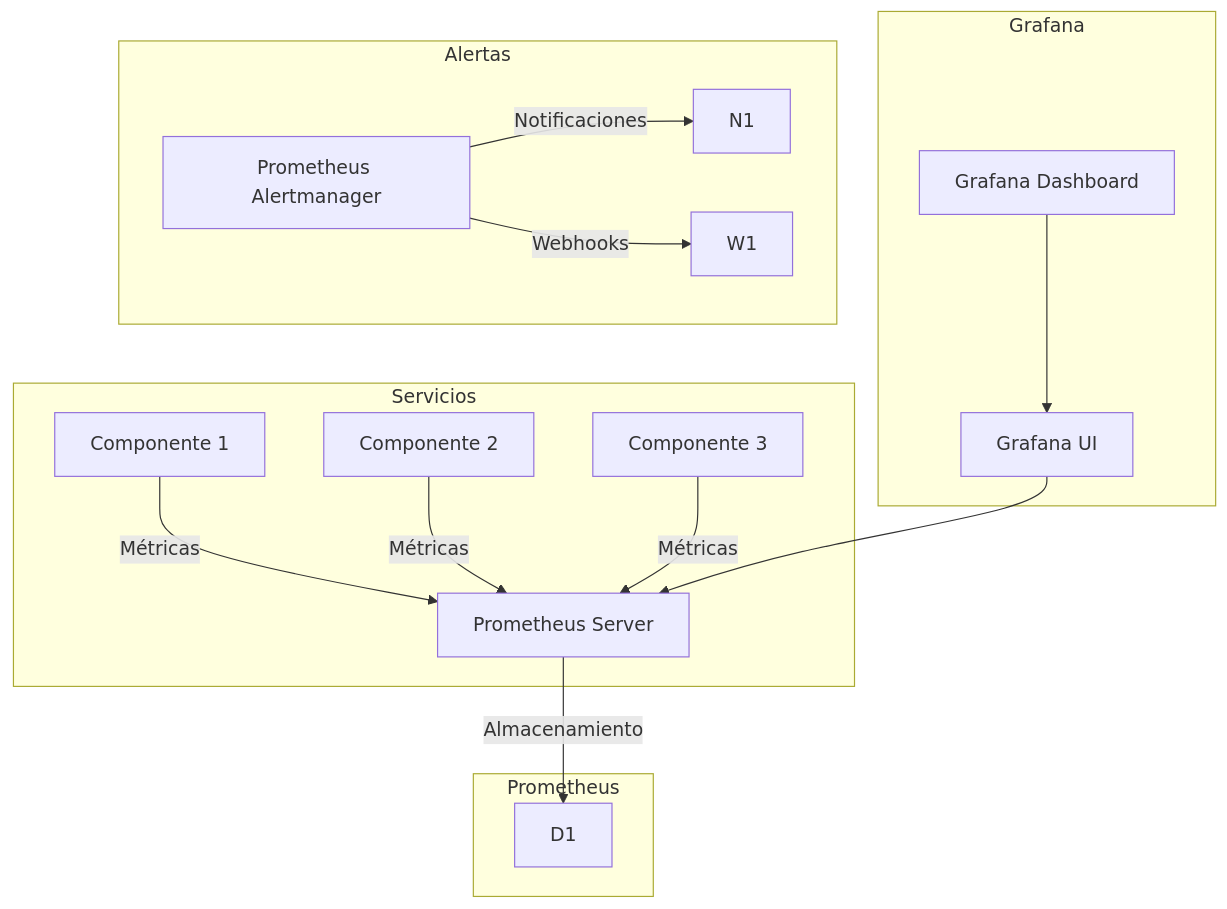
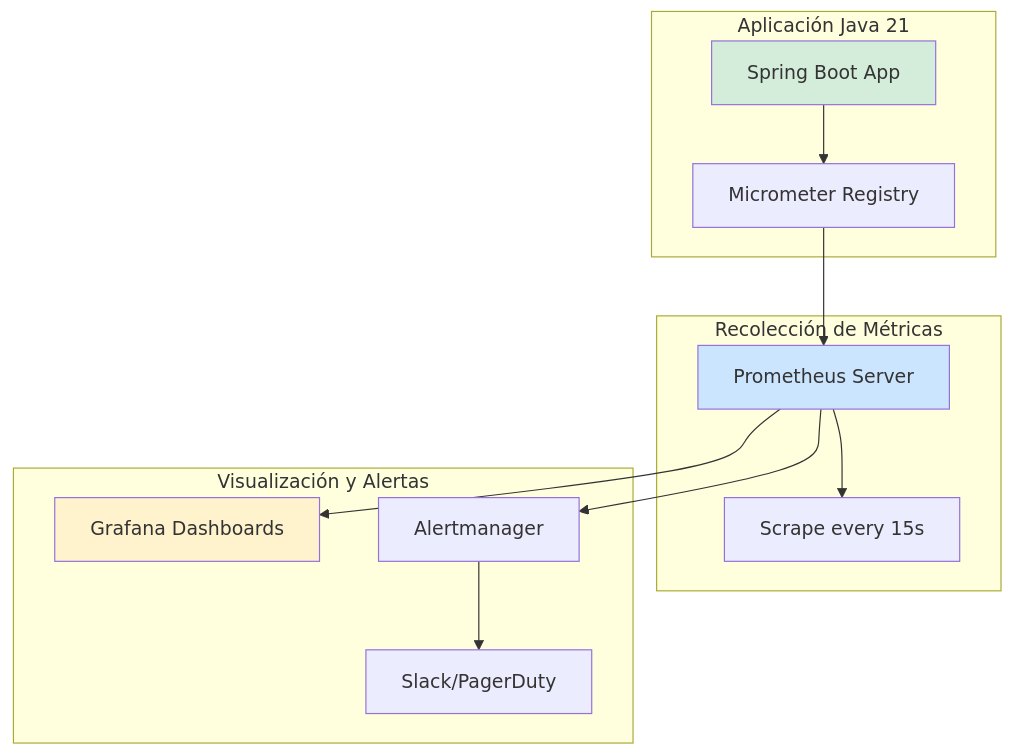
The first of 3 diagrams in _Review/observabilidad_con_prometheus_y_grafana/observabilidad_con_prometheus_y_grafana.md (Joaquinriosheredia/DAM-Java-Mastery), drawn with Mermaid before and after one commit. The commit also changed other lines of this file, not shown here.

Commit message:
observabilidad_con_prometheus_y_grafana.md

````diff
--- a/_Review/observabilidad_con_prometheus_y_grafana/observabilidad_con_prometheus_y_grafana.md
+++ b/_Review/observabilidad_con_prometheus_y_grafana/observabilidad_con_prometheus_y_grafana.md
@@ -99,26 +70,29 @@
 ```mermaid
 graph TD
-    subgraph "Servicios"
-        C1[Componente 1] -->|Métricas| P1
-        C2[Componente 2] -->|Métricas| P1
-        C3[Componente 3] -->|Métricas| P1
+    subgraph "Aplicación Java 21"
+        APP[Spring Boot App]
+        MIC[Micrometer Registry]
     end
     
-    subgraph "Prometheus"
-        P1[Prometheus Server]
-        P1 -->|Almacenamiento| D1
+    subgraph "Recolección de Métricas"
+        PROM[Prometheus Server]
+        SCRAPE[Scrape every 15s]
     end
     
-    subgraph "Grafana"
-        G1[Grafana UI]
-        G1 --> P1
-        G2[Grafana Dashboard]
-        G2 --> G1
+    subgraph "Visualización y Alertas"
+        GRAF[Grafana Dashboards]
+        ALERT[Alertmanager]
+        NOTIFY[Slack/PagerDuty]
     end
-
-    subgraph "Alertas"
-        A1[Prometheus Alertmanager]
-        A1 -->|Notificaciones| N1
-        A1 -->|Webhooks| W1
-    end
+    
+    APP --> MIC
+    MIC --> PROM
+    PROM --> SCRAPE
+    PROM --> GRAF
+    PROM --> ALERT
+    ALERT --> NOTIFY
+    
+    style APP fill:#d4edda
+    style PROM fill:#cce5ff
+    style GRAF fill:#fff3cd
 ```
````
